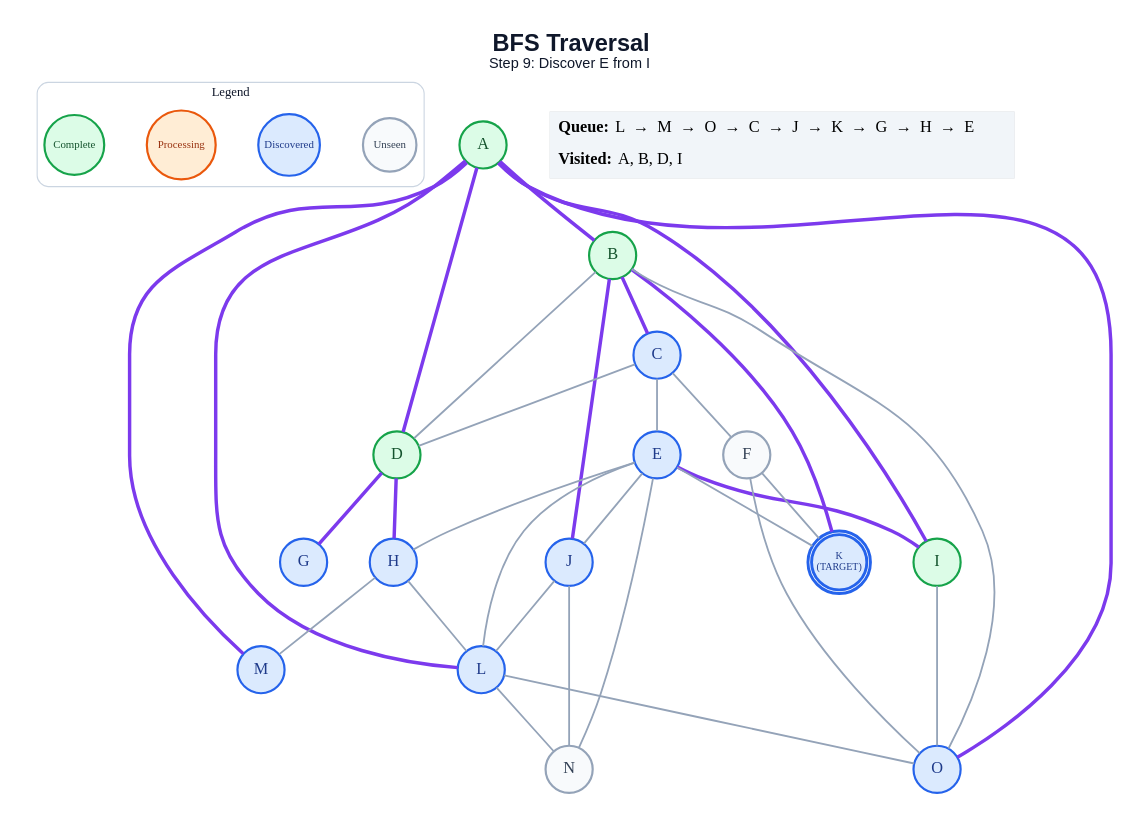
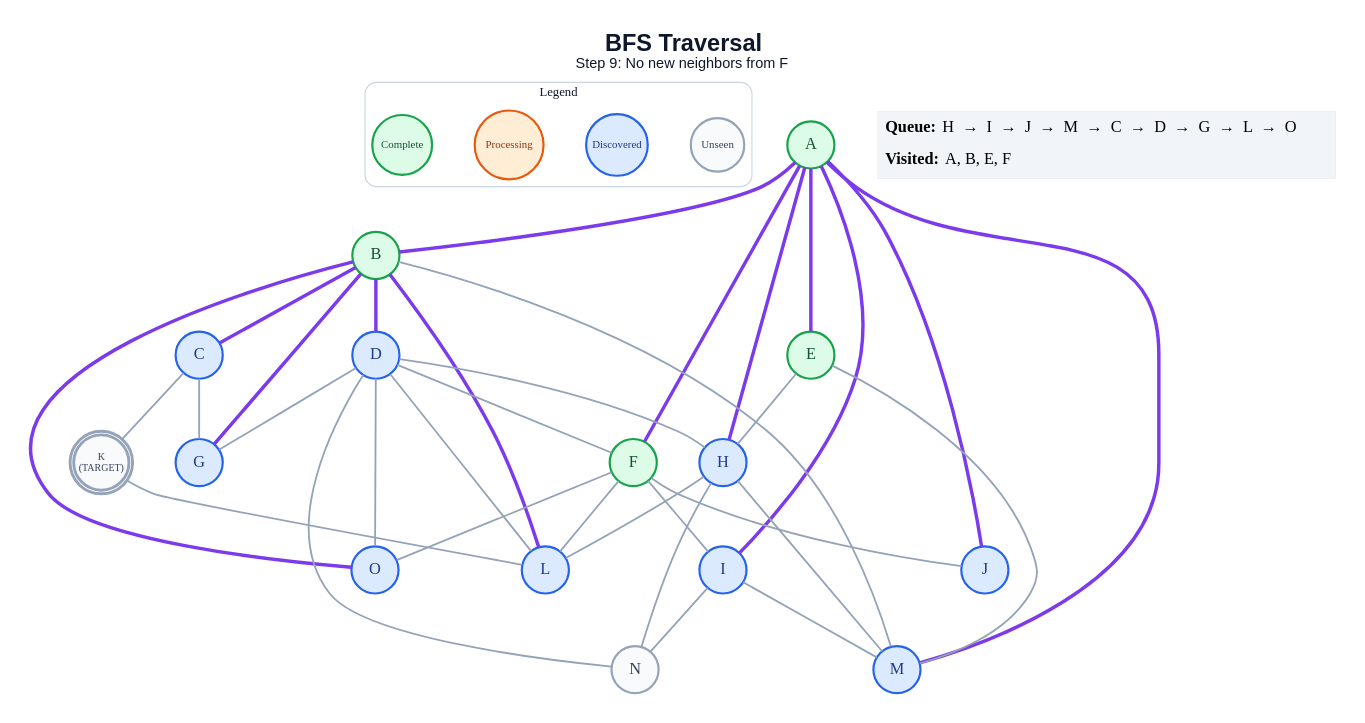
Before and after one commit to anon7238593-create/ai-slop: the diagram in generated/specific-node/bfs/step_09.dot, drawn with Graphviz. The commit also changed 267 other files, not shown here.

```diff
--- a/generated/specific-node/bfs/step_09.dot
+++ b/generated/specific-node/bfs/step_09.dot
@@ -1,65 +1,67 @@
 graph traversal {
   graph [layout=dot, rankdir=TB, bgcolor="#FFFFFF", pad="0.35", nodesep="0.65", ranksep="0.8", fontname="Arial"];
   node [shape=circle, style="filled", fontname="Arial Bold", fontsize=18, width=0.72, fixedsize=true, penwidth=2.4];
   edge [color="#94A3B8", penwidth=2.0];
-  label=<<B>BFS Traversal</B><BR/><FONT POINT-SIZE="16">Step 9: Discover E from I</FONT>>; labelloc="t"; fontsize=26; fontname="Arial"; fontcolor="#0F172A";
+  label=<<B>BFS Traversal</B><BR/><FONT POINT-SIZE="16">Step 9: No new neighbors from F</FONT>>; labelloc="t"; fontsize=26; fontname="Arial"; fontcolor="#0F172A";
   subgraph cluster_legend { label="Legend"; color="#CBD5E1"; penwidth=1.2; style="rounded"; fontsize=14; fontname="Arial Bold";
     key_unseen [label="Unseen", fillcolor="#F8FAFC", color="#94A3B8", fontcolor="#334155", fontsize=12, width=0.82];
     key_frontier [label="Discovered", fillcolor="#DBEAFE", color="#2563EB", fontcolor="#1E3A8A", fontsize=12, width=0.95];
     key_current [label="Processing", fillcolor="#FFEDD5", color="#EA580C", fontcolor="#9A3412", fontsize=12, width=1.05];
     key_done [label="Complete", fillcolor="#DCFCE7", color="#16A34A", fontcolor="#14532D", fontsize=12, width=0.92];
     { rank=same; key_unseen; key_frontier; key_current; key_done; }
   }
   A [label="A", fillcolor="#DCFCE7", color="#16A34A", fontcolor="#14532D", peripheries=1, penwidth=2.4];
   B [label="B", fillcolor="#DCFCE7", color="#16A34A", fontcolor="#14532D", peripheries=1, penwidth=2.4];
   C [label="C", fillcolor="#DBEAFE", color="#2563EB", fontcolor="#1E3A8A", peripheries=1, penwidth=2.4];
-  D [label="D", fillcolor="#DCFCE7", color="#16A34A", fontcolor="#14532D", peripheries=1, penwidth=2.4];
-  E [label="E", fillcolor="#DBEAFE", color="#2563EB", fontcolor="#1E3A8A", peripheries=1, penwidth=2.4];
-  F [label="F", fillcolor="#F8FAFC", color="#94A3B8", fontcolor="#334155", peripheries=1, penwidth=2.4];
+  D [label="D", fillcolor="#DBEAFE", color="#2563EB", fontcolor="#1E3A8A", peripheries=1, penwidth=2.4];
+  E [label="E", fillcolor="#DCFCE7", color="#16A34A", fontcolor="#14532D", peripheries=1, penwidth=2.4];
+  F [label="F", fillcolor="#DCFCE7", color="#16A34A", fontcolor="#14532D", peripheries=1, penwidth=2.4];
   G [label="G", fillcolor="#DBEAFE", color="#2563EB", fontcolor="#1E3A8A", peripheries=1, penwidth=2.4];
   H [label="H", fillcolor="#DBEAFE", color="#2563EB", fontcolor="#1E3A8A", peripheries=1, penwidth=2.4];
-  I [label="I", fillcolor="#DCFCE7", color="#16A34A", fontcolor="#14532D", peripheries=1, penwidth=2.4];
+  I [label="I", fillcolor="#DBEAFE", color="#2563EB", fontcolor="#1E3A8A", peripheries=1, penwidth=2.4];
   J [label="J", fillcolor="#DBEAFE", color="#2563EB", fontcolor="#1E3A8A", peripheries=1, penwidth=2.4];
-  K [label="K\n(TARGET)", fillcolor="#DBEAFE", color="#2563EB", fontcolor="#1E3A8A", peripheries=2, penwidth=3.2, fontsize=11, width=0.85, height=0.85];
+  K [label="K\n(TARGET)", fillcolor="#F8FAFC", color="#94A3B8", fontcolor="#334155", peripheries=2, penwidth=3.2, fontsize=11, width=0.85, height=0.85];
   L [label="L", fillcolor="#DBEAFE", color="#2563EB", fontcolor="#1E3A8A", peripheries=1, penwidth=2.4];
   M [label="M", fillcolor="#DBEAFE", color="#2563EB", fontcolor="#1E3A8A", peripheries=1, penwidth=2.4];
   N [label="N", fillcolor="#F8FAFC", color="#94A3B8", fontcolor="#334155", peripheries=1, penwidth=2.4];
   O [label="O", fillcolor="#DBEAFE", color="#2563EB", fontcolor="#1E3A8A", peripheries=1, penwidth=2.4];
   A -- B [color="#7C3AED", penwidth=3.8];
-  A -- D [color="#7C3AED", penwidth=3.8];
+  A -- E [color="#7C3AED", penwidth=3.8];
+  A -- F [color="#7C3AED", penwidth=3.8];
+  A -- H [color="#7C3AED", penwidth=3.8];
   A -- I [color="#7C3AED", penwidth=3.8];
-  A -- L [color="#7C3AED", penwidth=3.8];
+  A -- J [color="#7C3AED", penwidth=3.8];
   A -- M [color="#7C3AED", penwidth=3.8];
-  A -- O [color="#7C3AED", penwidth=3.8];
   B -- C [color="#7C3AED", penwidth=3.8];
-  B -- D;
-  B -- J [color="#7C3AED", penwidth=3.8];
-  B -- K [color="#7C3AED", penwidth=3.8];
-  B -- O;
-  C -- D;
-  C -- E;
-  C -- F;
-  D -- G [color="#7C3AED", penwidth=3.8];
-  D -- H [color="#7C3AED", penwidth=3.8];
+  B -- D [color="#7C3AED", penwidth=3.8];
+  B -- G [color="#7C3AED", penwidth=3.8];
+  B -- L [color="#7C3AED", penwidth=3.8];
+  B -- M;
+  B -- O [color="#7C3AED", penwidth=3.8];
+  C -- G;
+  C -- K;
+  D -- F;
+  D -- G;
+  D -- H;
+  D -- L;
+  D -- N;
+  D -- O;
   E -- H;
-  E -- I [color="#7C3AED", penwidth=3.8];
-  E -- J;
-  E -- K;
-  E -- L;
-  E -- N;
-  F -- K;
+  E -- M;
+  F -- I;
+  F -- J;
+  F -- L;
   F -- O;
   H -- L;
   H -- M;
-  I -- O;
-  J -- L;
-  J -- N;
-  L -- N;
-  L -- O;
+  H -- N;
+  I -- M;
+  I -- N;
+  K -- L;
   status [shape=plain, fixedsize=false, width=0, height=0, margin=0, label=<
     <TABLE BORDER="0" CELLBORDER="0" CELLPADDING="7" BGCOLOR="#F1F5F9">
-      <TR><TD ALIGN="LEFT"><B>Queue:</B> L  →  M  →  O  →  C  →  J  →  K  →  G  →  H  →  E</TD></TR>
-      <TR><TD ALIGN="LEFT"><B>Visited:</B> A, B, D, I</TD></TR>
+      <TR><TD ALIGN="LEFT"><B>Queue:</B> H  →  I  →  J  →  M  →  C  →  D  →  G  →  L  →  O</TD></TR>
+      <TR><TD ALIGN="LEFT"><B>Visited:</B> A, B, E, F</TD></TR>
     </TABLE>
   >];
 }
```
